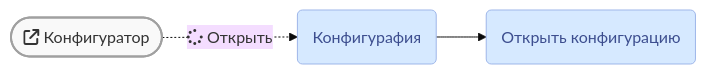
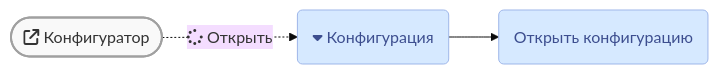
One commit to lugovoe/manual changed the second of 3 diagrams in faq/crash/main-white-window.md. Above: the diagram before and after it, drawn with Mermaid (base theme). The commit also changed other lines of this file, not shown here.

````diff
--- a/faq/crash/main-white-window.md
+++ b/faq/crash/main-white-window.md
@@ -33,11 +33,11 @@
 ``` mermaid
 flowchart LR
   b1(["fa:fa-external-link Конфигуратор"]) -. fa:fa-spinner Открыть .-> m1;
-  m1(Конфигурафия) --> m2;
+  m1(fa:fa-caret-down Конфигурация) --> m2;
   m2(Открыть конфигурацию);
   classDef default fill:#d6e9ff,stroke:#a0a0a0,stroke-width:1px;
   classDef button fill:#f9f9f9,stroke-width:2px;
   classDef cofnmenu stroke:#9eb6e9,color:#3d4e8f;
   class b1 button;
   class m1,m2 cofnmenu;
 ```
````
